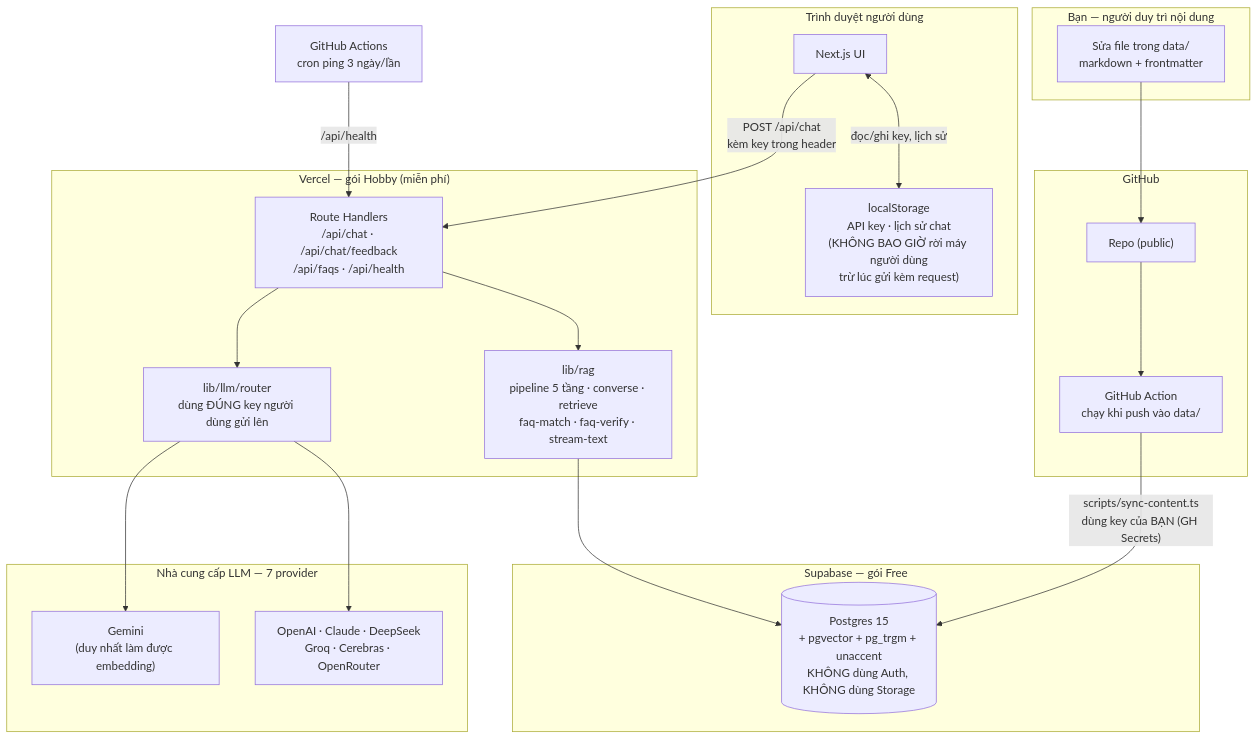
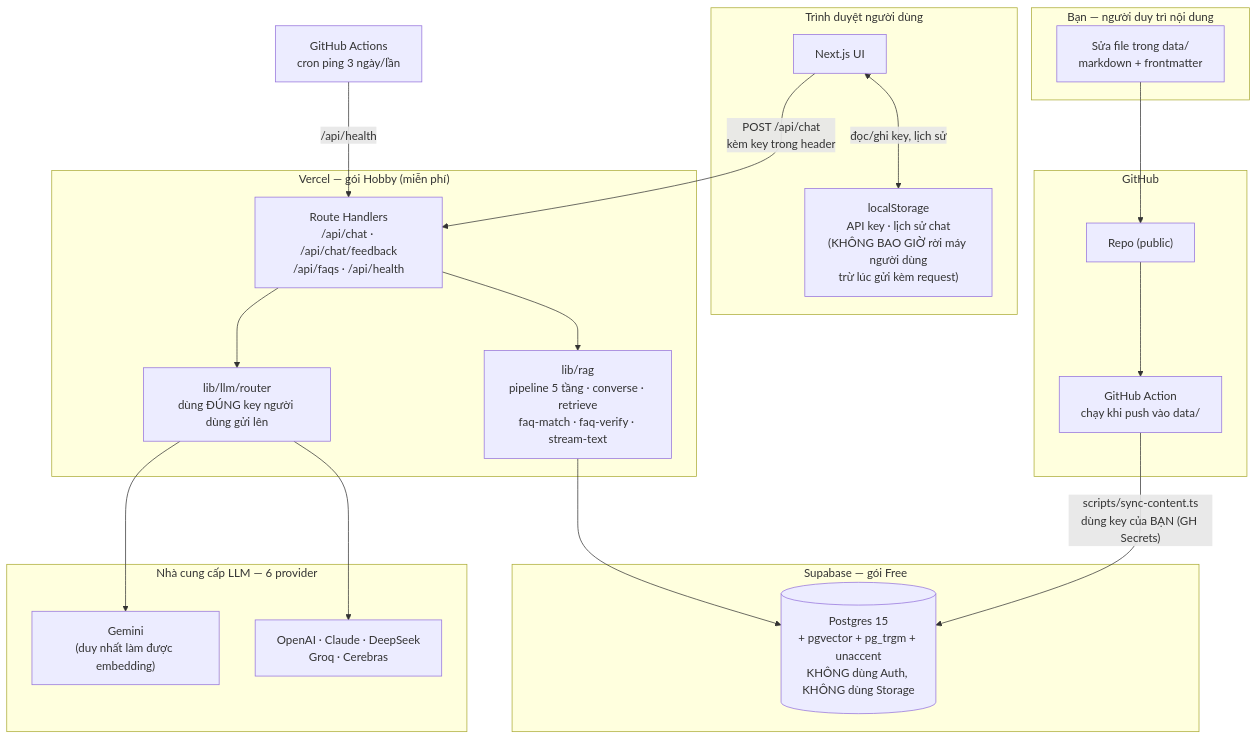
One commit to Dokhacgiakhoa/K4-3A-e403-Vinonymus changed the diagram in docs/legacy/aiia-docs/02-KIEN-TRUC.md. Above: the diagram before and after it, drawn with Mermaid. The commit also changed other lines of this file and 46 other files, not shown here.

````diff
--- a/docs/legacy/aiia-docs/02-KIEN-TRUC.md
+++ b/docs/legacy/aiia-docs/02-KIEN-TRUC.md
@@ -10,41 +10,41 @@
 ```mermaid
 graph TB
     subgraph maintainer["Bạn — người duy trì nội dung"]
         FILES["Sửa file trong data/<br/>markdown + frontmatter"]
     end
 
     subgraph github["GitHub"]
         REPO["Repo (public)"]
         ACTION["GitHub Action<br/>chạy khi push vào data/"]
     end
 
     subgraph client["Trình duyệt người dùng"]
         UI["Next.js UI"]
         LS["localStorage<br/>API key · lịch sử chat<br/>(KHÔNG BAO GIỜ rời máy người dùng<br/>trừ lúc gửi kèm request)"]
     end
 
     subgraph vercel["Vercel — gói Hobby (miễn phí)"]
         API["Route Handlers<br/>/api/chat · /api/chat/feedback<br/>/api/faqs · /api/health"]
         RAG["lib/rag<br/>pipeline 5 tầng · converse · retrieve<br/>faq-match · faq-verify · stream-text"]
         ROUTER["lib/llm/router<br/>dùng ĐÚNG key người dùng gửi lên"]
     end
 
     subgraph supabase["Supabase — gói Free"]
         PG[("Postgres 15<br/>+ pgvector + pg_trgm + unaccent<br/>KHÔNG dùng Auth, KHÔNG dùng Storage")]
     end
 
-    subgraph llm["Nhà cung cấp LLM — 7 provider"]
+    subgraph llm["Nhà cung cấp LLM — 6 provider"]
         G["Gemini<br/>(duy nhất làm được embedding)"]
-        X["OpenAI · Claude · DeepSeek<br/>Groq · Cerebras · OpenRouter"]
+        X["OpenAI · Claude · DeepSeek<br/>Groq · Cerebras"]
     end
 
     FILES --> REPO --> ACTION
     ACTION -->|"scripts/sync-content.ts<br/>dùng key của BẠN (GH Secrets)"| PG
 
     UI <-->|"đọc/ghi key, lịch sử"| LS
     UI -->|"POST /api/chat<br/>kèm key trong header"| API
     API --> RAG --> PG
     API --> ROUTER --> G & X
 
     GH2["GitHub Actions<br/>cron ping 3 ngày/lần"] -->|"/api/health"| API
 ```
````
